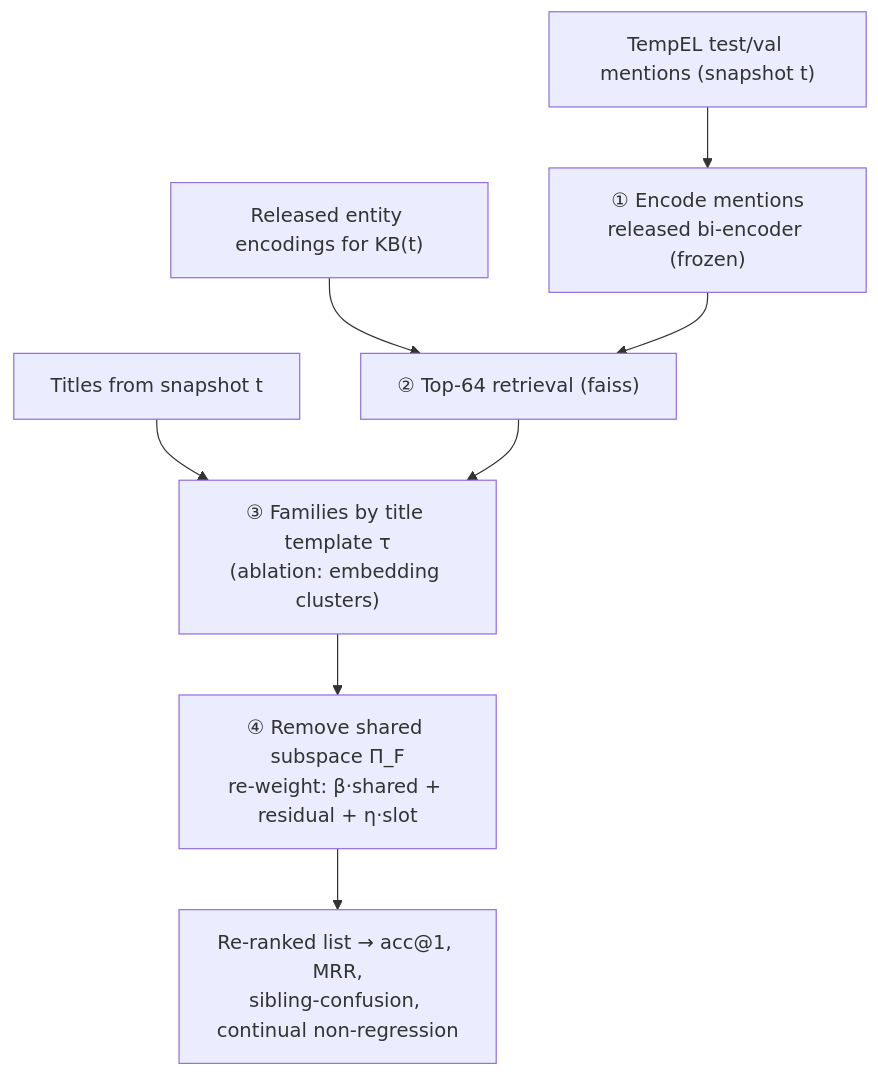
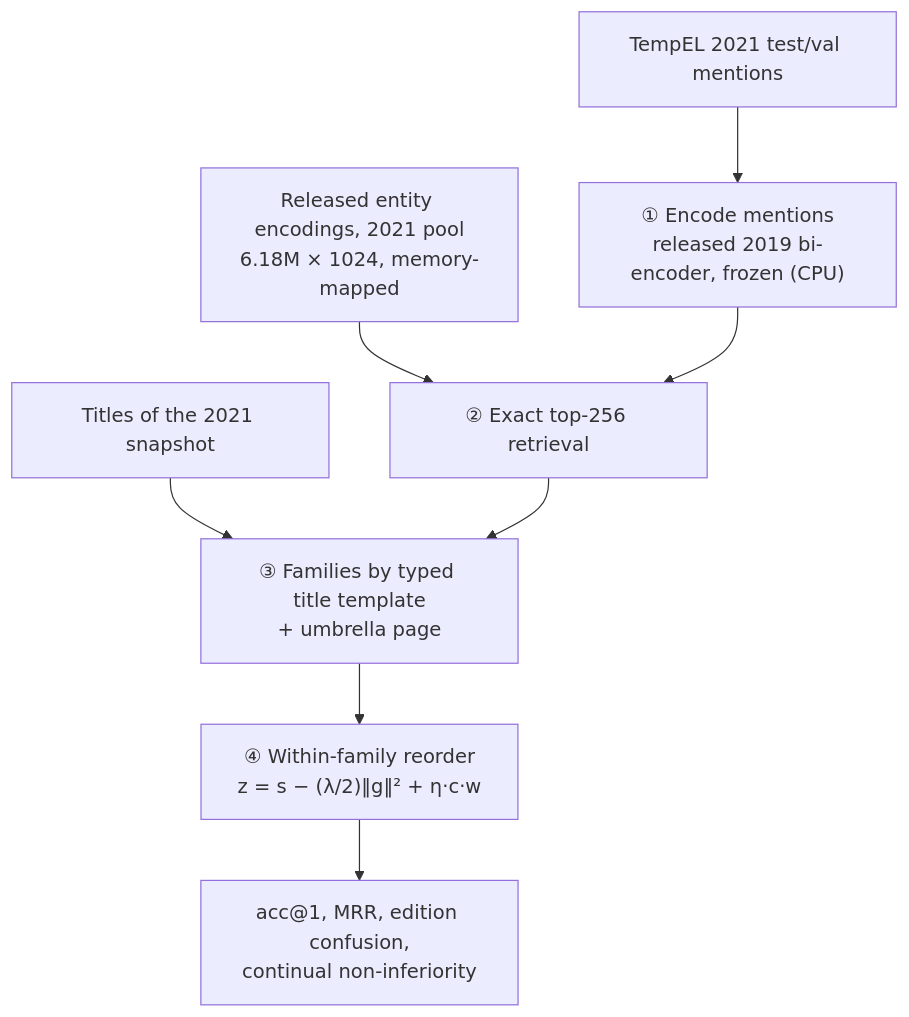
The diagram in PROPOSAL.md (Aaryan-Degama/RM), drawn with Mermaid before and after one commit. The commit also changed other lines of this file and 10 other files, not shown here.

````diff
--- a/PROPOSAL.md
+++ b/PROPOSAL.md
@@ -160,10 +141,10 @@
 ```mermaid
 flowchart TD
-    A["TempEL test/val mentions (snapshot t)"] --> B["① Encode mentions<br/>released bi-encoder (frozen)"]
-    E["Released entity encodings for KB(t)"] --> C
-    B --> C["② Top-64 retrieval (faiss)"]
-    T["Titles from snapshot t"] --> D
-    C --> D["③ Families by title template τ<br/>(ablation: embedding clusters)"]
-    D --> R["④ Remove shared subspace Π_F<br/>re-weight: β·shared + residual + η·slot"]
-    R --> O["Re-ranked list → acc@1, MRR,<br/>sibling-confusion, continual non-regression"]
+    A["TempEL 2021 test/val mentions"] --> B["① Encode mentions<br/>released 2019 bi-encoder, frozen (CPU)"]
+    E["Released entity encodings, 2021 pool<br/>6.18M × 1024, memory-mapped"] --> C
+    B --> C["② Exact top-256 retrieval"]
+    T["Titles of the 2021 snapshot"] --> D
+    C --> D["③ Families by typed title template<br/>+ umbrella page"]
+    D --> R["④ Within-family reorder<br/>z = s − (λ/2)‖g‖² + η·c·w"]
+    R --> O["acc@1, MRR, edition confusion,<br/>continual non-inferiority"]
 ```
````
